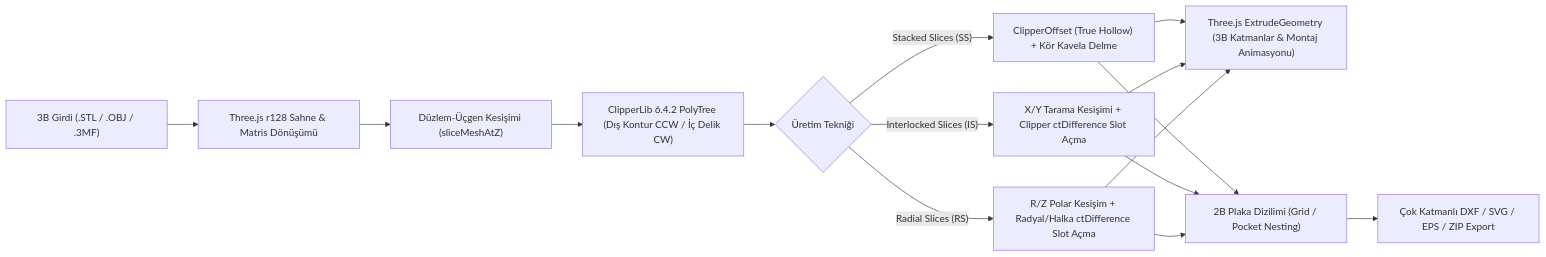
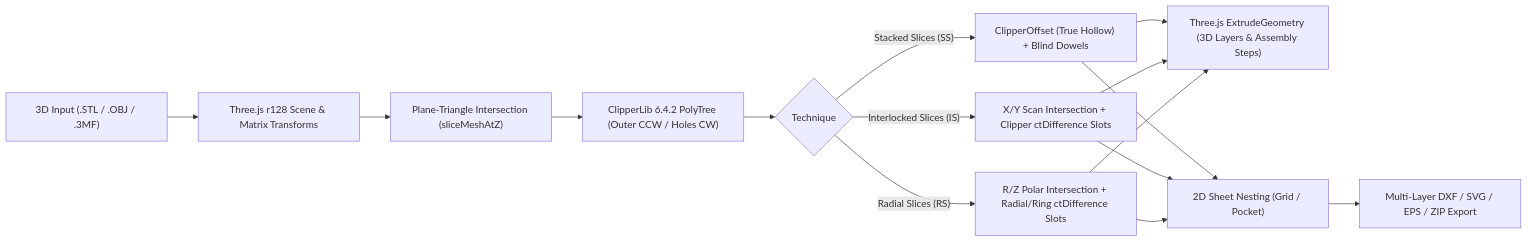
Before and after one commit to iSuat/Open-Slicer: the diagram in README.md, drawn with Mermaid. The commit also changed other lines of this file and 5 other files, not shown here.

````diff
--- a/README.md
+++ b/README.md
@@ -84,17 +85,17 @@
 ```mermaid
 flowchart LR
-  A["3B Girdi (.STL / .OBJ / .3MF)"] --> B["Three.js r128 Sahne & Matris Dönüşümü"]
-  B --> C["Düzlem-Üçgen Kesişimi (sliceMeshAtZ)"]
-  C --> D["ClipperLib 6.4.2 PolyTree (Dış Kontur CCW / İç Delik CW)"]
-  D --> E{"Üretim Tekniği"}
-  E -->|"Stacked Slices (SS)"| F["ClipperOffset (True Hollow) + Kör Kavela Delme"]
-  E -->|"Interlocked Slices (IS)"| G["X/Y Tarama Kesişimi + Clipper ctDifference Slot Açma"]
-  E -->|"Radial Slices (RS)"| H["R/Z Polar Kesişim + Radyal/Halka ctDifference Slot Açma"]
-  F --> I["Three.js ExtrudeGeometry (3B Katmanlar & Montaj Animasyonu)"]
+  A["3D Input (.STL / .OBJ / .3MF)"] --> B["Three.js r128 Scene & Matrix Transforms"]
+  B --> C["Plane-Triangle Intersection (sliceMeshAtZ)"]
+  C --> D["ClipperLib 6.4.2 PolyTree (Outer CCW / Holes CW)"]
+  D --> E{"Technique"}
+  E -->|"Stacked Slices (SS)"| F["ClipperOffset (True Hollow) + Blind Dowels"]
+  E -->|"Interlocked Slices (IS)"| G["X/Y Scan Intersection + Clipper ctDifference Slots"]
+  E -->|"Radial Slices (RS)"| H["R/Z Polar Intersection + Radial/Ring ctDifference Slots"]
+  F --> I["Three.js ExtrudeGeometry (3D Layers & Assembly Steps)"]
   G --> I
   H --> I
-  F --> J["2B Plaka Dizilimi (Grid / Pocket Nesting)"]
+  F --> J["2D Sheet Nesting (Grid / Pocket)"]
   G --> J
   H --> J
-  J --> K["Çok Katmanlı DXF / SVG / EPS / ZIP Export"]
+  J --> K["Multi-Layer DXF / SVG / EPS / ZIP Export"]
 ```
````
